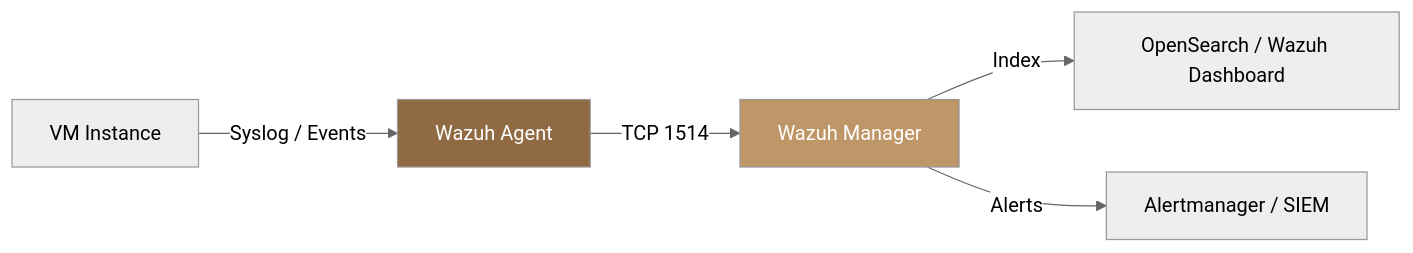
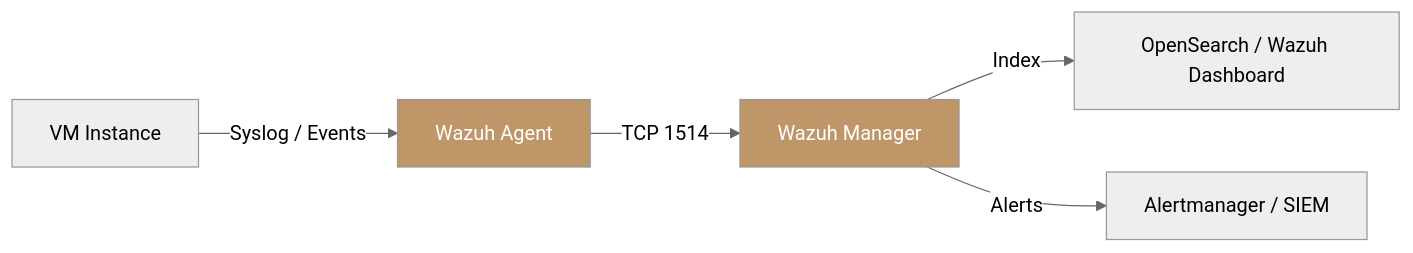
Before and after one commit to ankur-kumar87/docs-polystack: the diagram in security/wazuh.mdx, drawn with Mermaid (neutral theme). The commit also changed other lines of this file and 186 other files, not shown here.

````diff
--- a/security/wazuh.mdx
+++ b/security/wazuh.mdx
@@ -30,9 +29,9 @@
 ```mermaid
 graph LR
     A[VM Instance] -->|Syslog / Events| W[Wazuh Agent]
     W -->|TCP 1514| M[Wazuh Manager]
     M -->|Index| E[OpenSearch / Wazuh Dashboard]
     M -->|Alerts| AL[Alertmanager / SIEM]
     style M fill:#bf9667,color:#fff
-    style W fill:#8f6a43,color:#fff
+    style W fill:#bf9667,color:#fff
 ```
````
